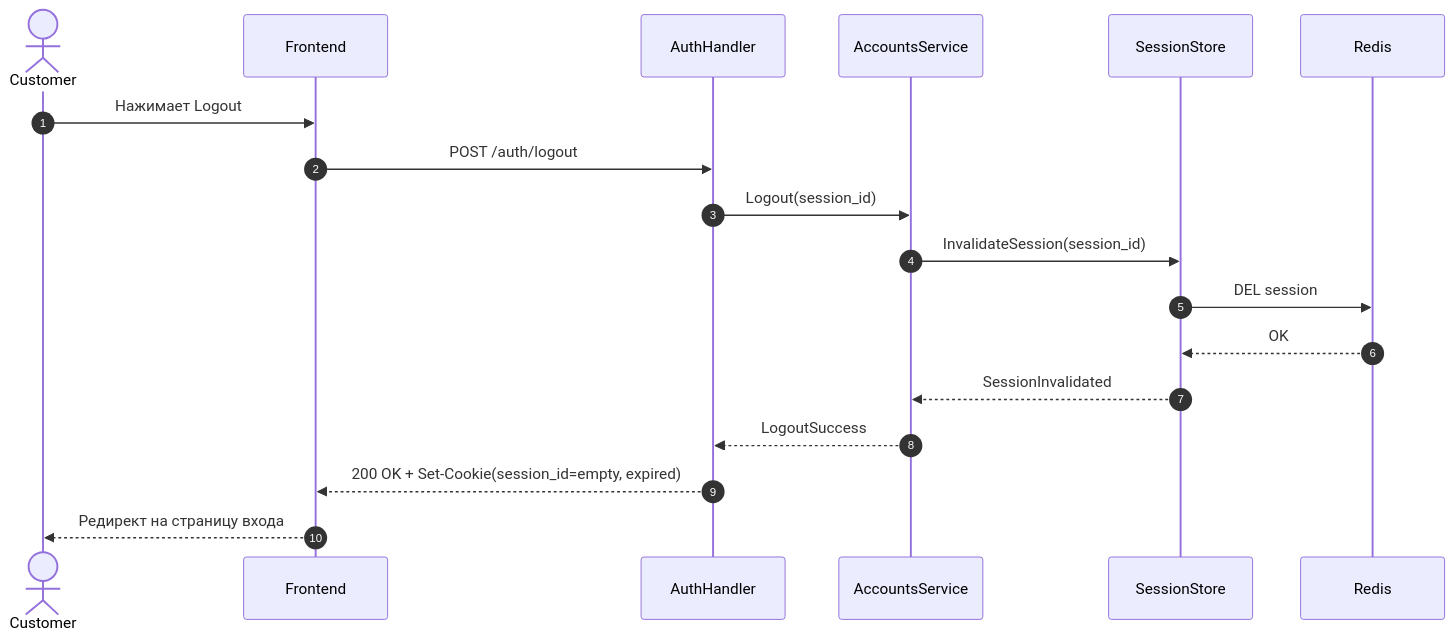
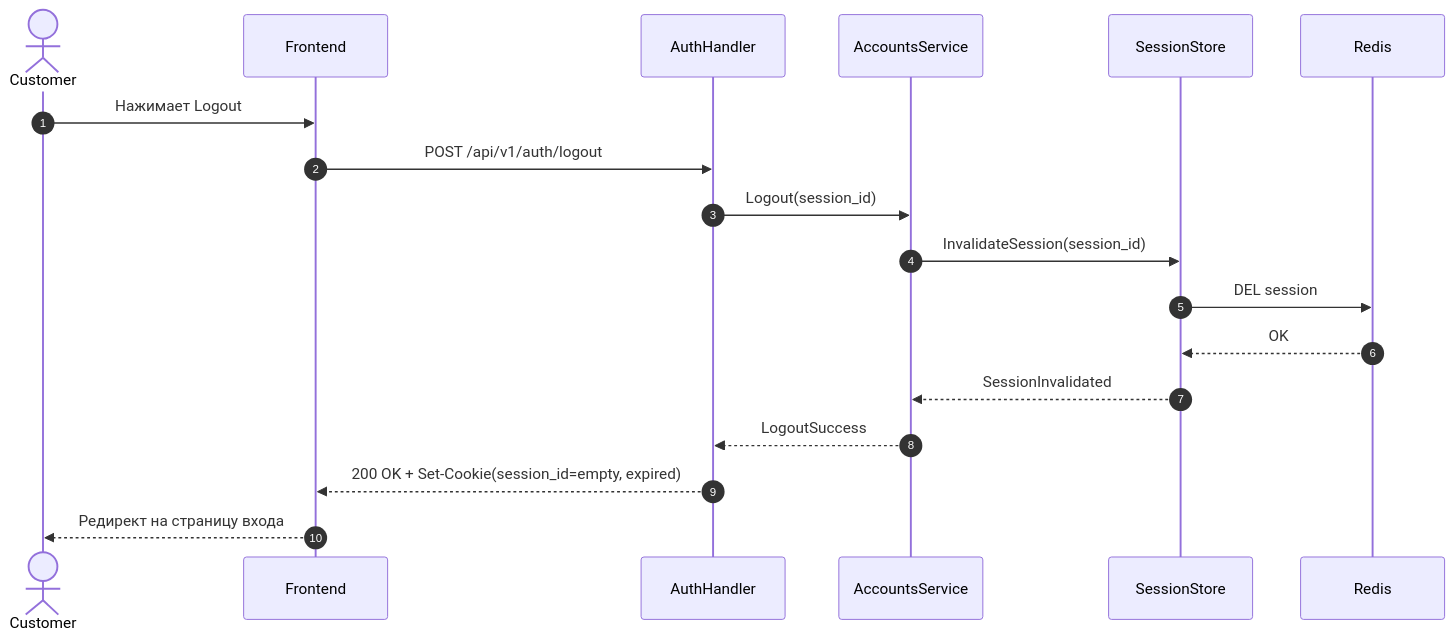
The diagram in docs/Sequence/SD-03.md (k3llone/TrackLink), drawn with Mermaid before and after one commit. The commit also changed 33 other files, not shown here.

````diff
--- a/docs/Sequence/SD-03.md
+++ b/docs/Sequence/SD-03.md
@@ -3,25 +3,25 @@
 ```mermaid
 sequenceDiagram
     autonumber
 
     actor Customer
     participant FE as Frontend
     participant AH as AuthHandler
     participant AS as AccountsService
     participant SS as SessionStore
     participant RD as Redis
 
     Customer->>FE: Нажимает Logout
-    FE->>AH: POST /auth/logout
+    FE->>AH: POST /api/v1/auth/logout
 
     AH->>AS: Logout(session_id)
 
     AS->>SS: InvalidateSession(session_id)
     SS->>RD: DEL session
     RD-->>SS: OK
     SS-->>AS: SessionInvalidated
 
     AS-->>AH: LogoutSuccess
     AH-->>FE: 200 OK + Set-Cookie(session_id=empty, expired)
     FE-->>Customer: Редирект на страницу входа
 ```
````
